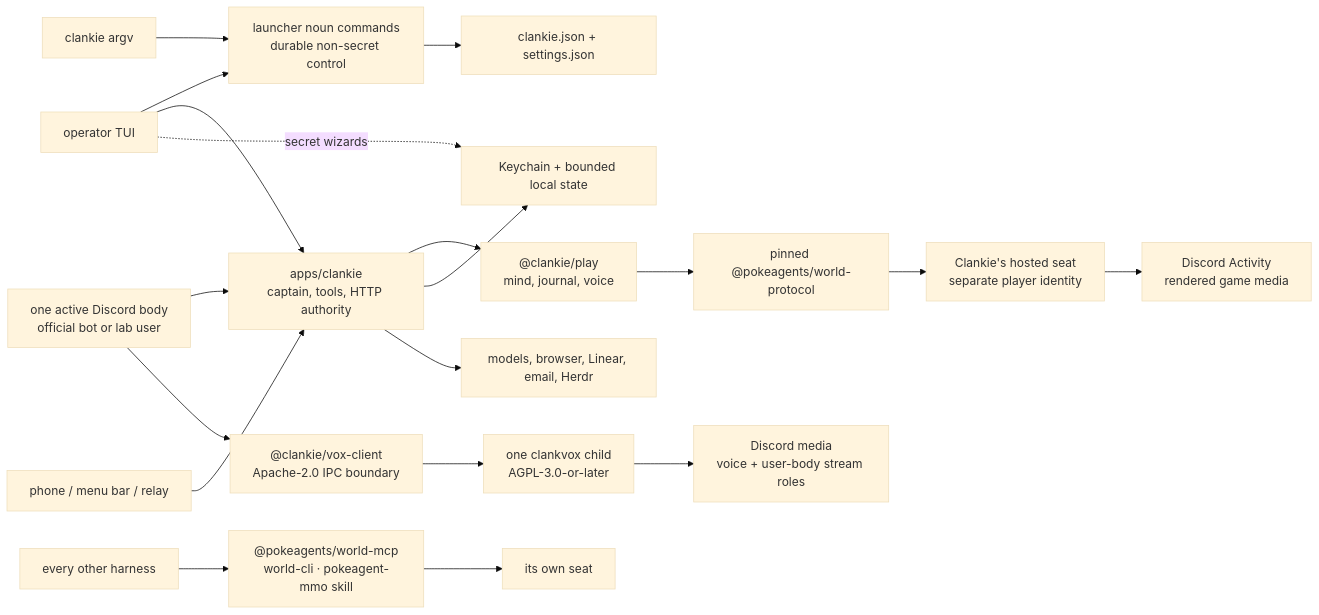
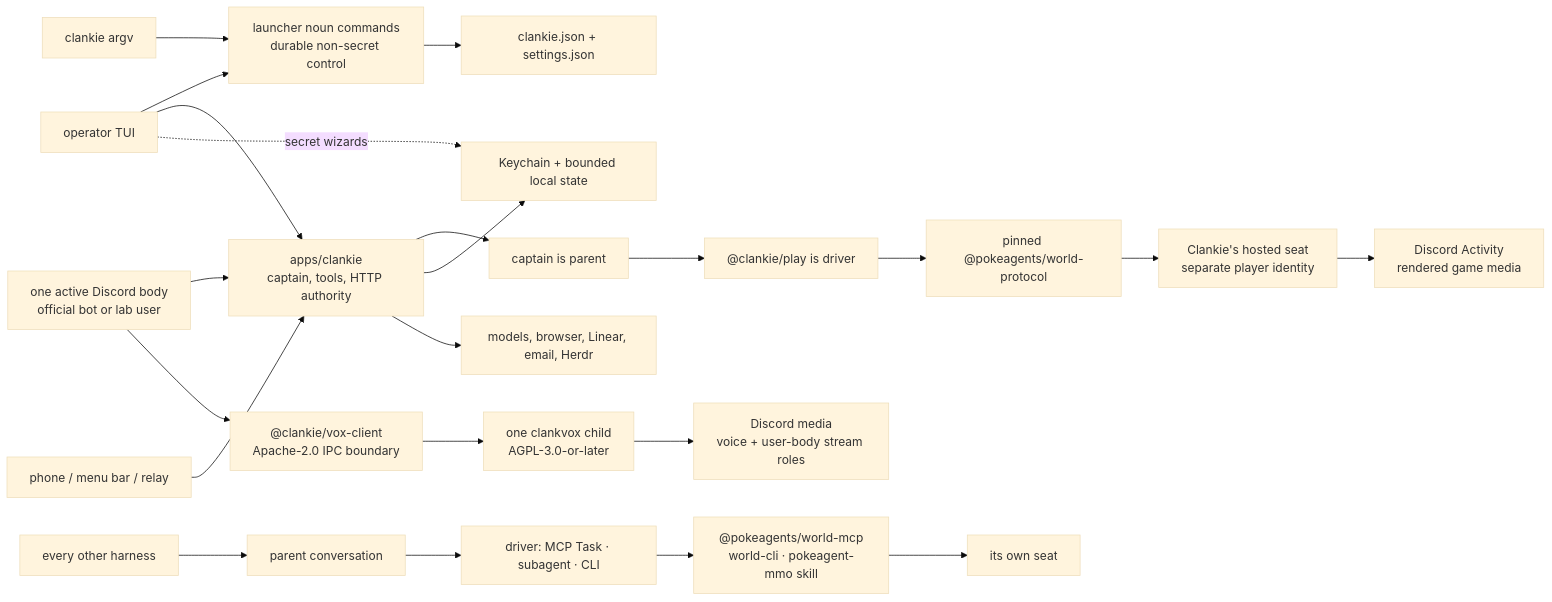
One commit to Volpestyle/clankie changed the diagram in docs/architecture.md. Above: the diagram before and after it, drawn with Mermaid (base theme). The commit also changed other lines of this file and 4 other files, not shown here.

First line of the commit message:
Treat hosted play as a parent plus a driver

````diff
--- a/docs/architecture.md
+++ b/docs/architecture.md
@@ -7,17 +7,17 @@
 ```mermaid
 flowchart LR
   Argv["clankie argv"] --> Commands["launcher noun commands<br/>durable non-secret control"]
   TUI["operator TUI"] --> Commands --> Config["clankie.json + settings.json"]
   TUI --> Service["apps/clankie<br/>captain, tools, HTTP authority"]
   TUI -. "secret wizards" .-> State
   Remote["phone / menu bar / relay"] --> Service
   Body["one active Discord body<br/>official bot or lab user"] --> Service
   Body --> Client["@clankie/vox-client<br/>Apache-2.0 IPC boundary"]
   Client --> Vox["one clankvox child<br/>AGPL-3.0-or-later"]
   Vox --> Media["Discord media<br/>voice + user-body stream roles"]
-  Service --> Mind["@clankie/play<br/>mind, journal, voice"] --> Contract["pinned @pokeagents/world-protocol"] --> Seat["Clankie's hosted seat<br/>separate player identity"]
+  Service --> CaptainParent["captain is parent"] --> PlayDriver["@clankie/play is driver"] --> Contract["pinned @pokeagents/world-protocol"] --> Seat["Clankie's hosted seat<br/>separate player identity"]
   Seat --> Activity["Discord Activity<br/>rendered game media"]
-  Harness["every other harness"] --> Doors["@pokeagents/world-mcp<br/>world-cli · pokeagent-mmo skill"] --> OtherSeat["its own seat"]
+  Harness["every other harness"] --> OtherParent["parent conversation"] --> OtherDriver["driver: MCP Task · subagent · CLI"] --> Doors["@pokeagents/world-mcp<br/>world-cli · pokeagent-mmo skill"] --> OtherSeat["its own seat"]
   Service --> State["Keychain + bounded local state"]
   Service --> External["models, browser, Linear, email, Herdr"]
 ```
````
